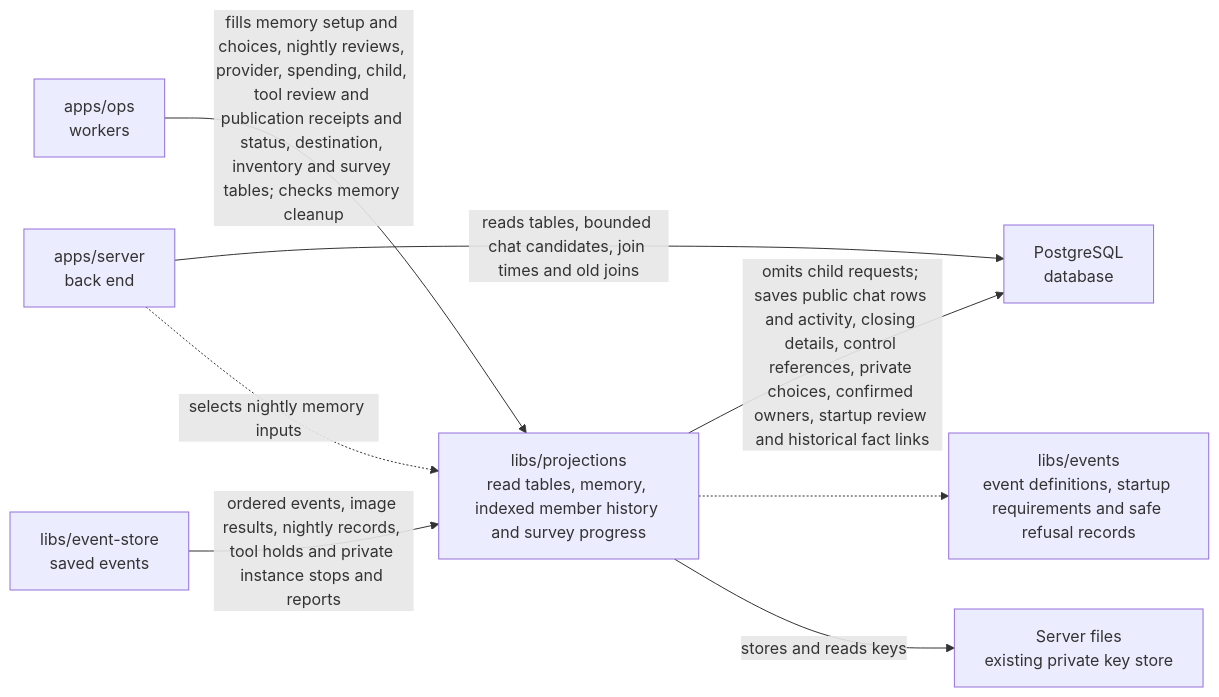
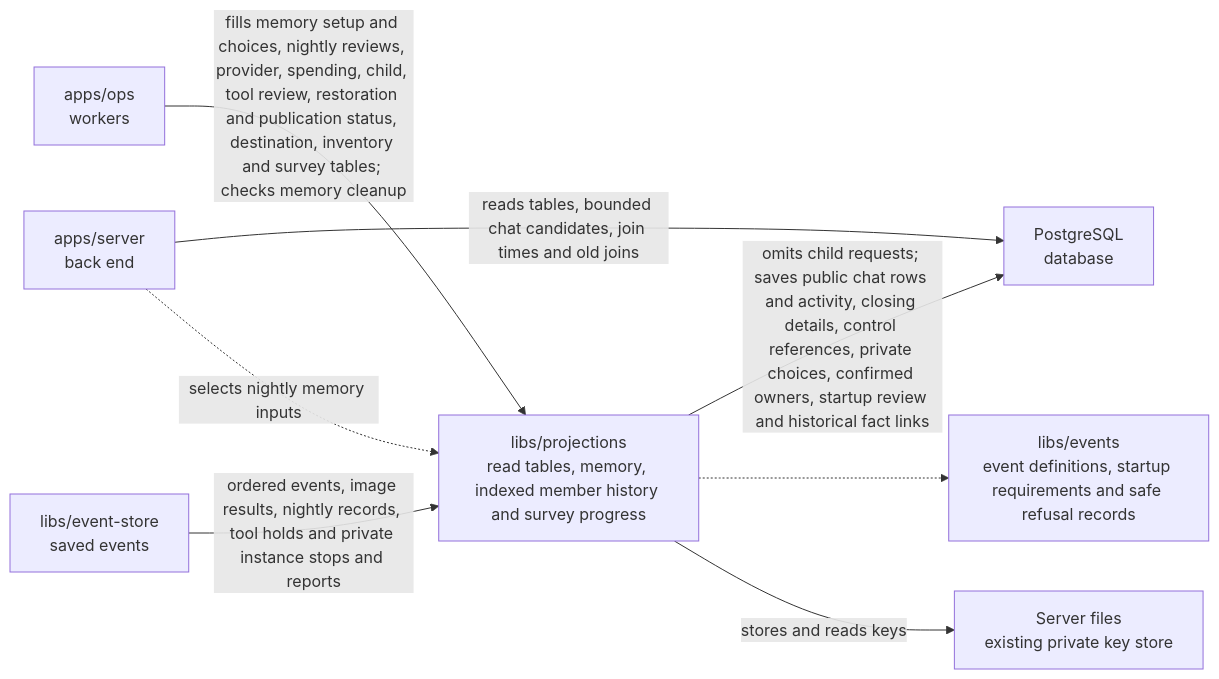
One commit to elewa-git/opencrane-new changed the diagram in libs/projections/README.md. Above: the diagram before and after it, drawn with Mermaid. The commit also changed other lines of this file and 10 other files, not shown here.

````diff
--- a/libs/projections/README.md
+++ b/libs/projections/README.md
@@ -23,10 +23,10 @@
 ```mermaid
 flowchart LR
-  ops["apps/ops<br/>workers"] -->|fills memory setup and choices, nightly reviews, provider, spending, child, tool review and publication receipts and status, destination, inventory and survey tables; checks memory cleanup| projections["libs/projections<br/>read tables, memory, indexed member history and survey progress"]
+  ops["apps/ops<br/>workers"] -->|fills memory setup and choices, nightly reviews, provider, spending, child, tool review, restoration and publication status, destination, inventory and survey tables; checks memory cleanup| projections["libs/projections<br/>read tables, memory, indexed member history and survey progress"]
   server["apps/server<br/>back end"] -->|reads tables, bounded chat candidates, join times and old joins| pg["PostgreSQL<br/>database"]
   projections -->|omits child requests; saves public chat rows and activity, closing details, control references, private choices, confirmed owners, startup review and historical fact links| pg
   store["libs/event-store<br/>saved events"] -->|ordered events, image results, nightly records, tool holds and private instance stops and reports| projections
   server -.->|selects nightly memory inputs| projections
   projections -.-> events["libs/events<br/>event definitions, startup requirements and safe refusal records"]
   projections -->|stores and reads keys| keys["Server files<br/>existing private key store"]
 ```
````
